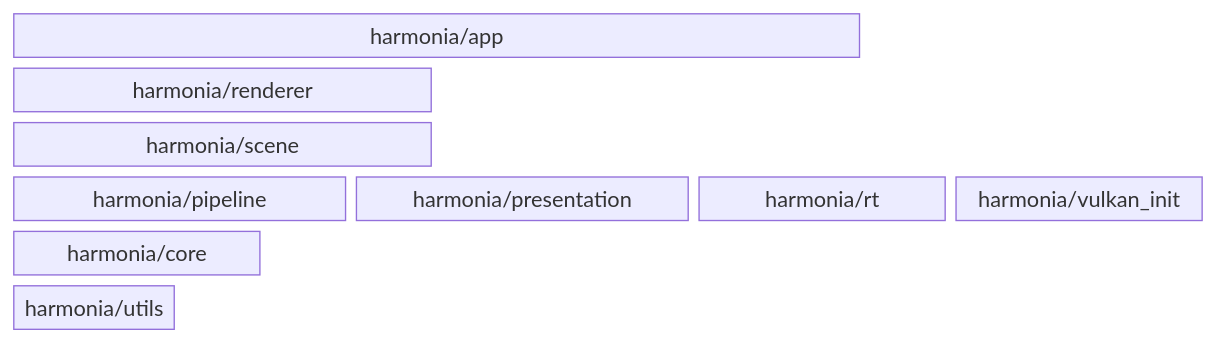
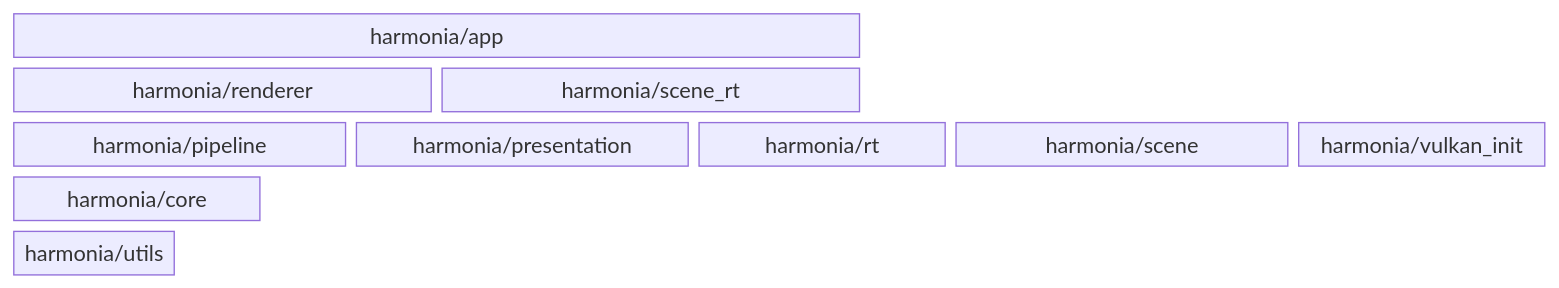
The third of 3 diagrams in ARCHITECTURE.md (McNopper/Harmonia), drawn with Mermaid before and after one commit. The commit also changed other lines of this file and 13 other files, not shown here.

First line of the commit message:
refactor: AR1 - harmonia/scene is rt-free; the RT build lives in the new harmonia/scene_rt module

````diff
--- a/ARCHITECTURE.md
+++ b/ARCHITECTURE.md
@@ -44,18 +46,18 @@
 ```mermaid
 block-beta
-    columns 14
+    columns 18
     harmonia_app["harmonia/app"]:10
-    space:4
+    space:8
     harmonia_renderer["harmonia/renderer"]:5
-    space:9
-    harmonia_scene["harmonia/scene"]:5
-    space:9
+    harmonia_scene_rt["harmonia/scene_rt"]:5
+    space:8
     harmonia_pipeline["harmonia/pipeline"]:4
     harmonia_presentation["harmonia/presentation"]:4
     harmonia_rt["harmonia/rt"]:3
+    harmonia_scene["harmonia/scene"]:4
     harmonia_vulkan_init["harmonia/vulkan_init"]:3
     harmonia_core["harmonia/core"]:3
-    space:11
+    space:15
     harmonia_utils["harmonia/utils"]:2
-    space:12
+    space:16
 ```
````
